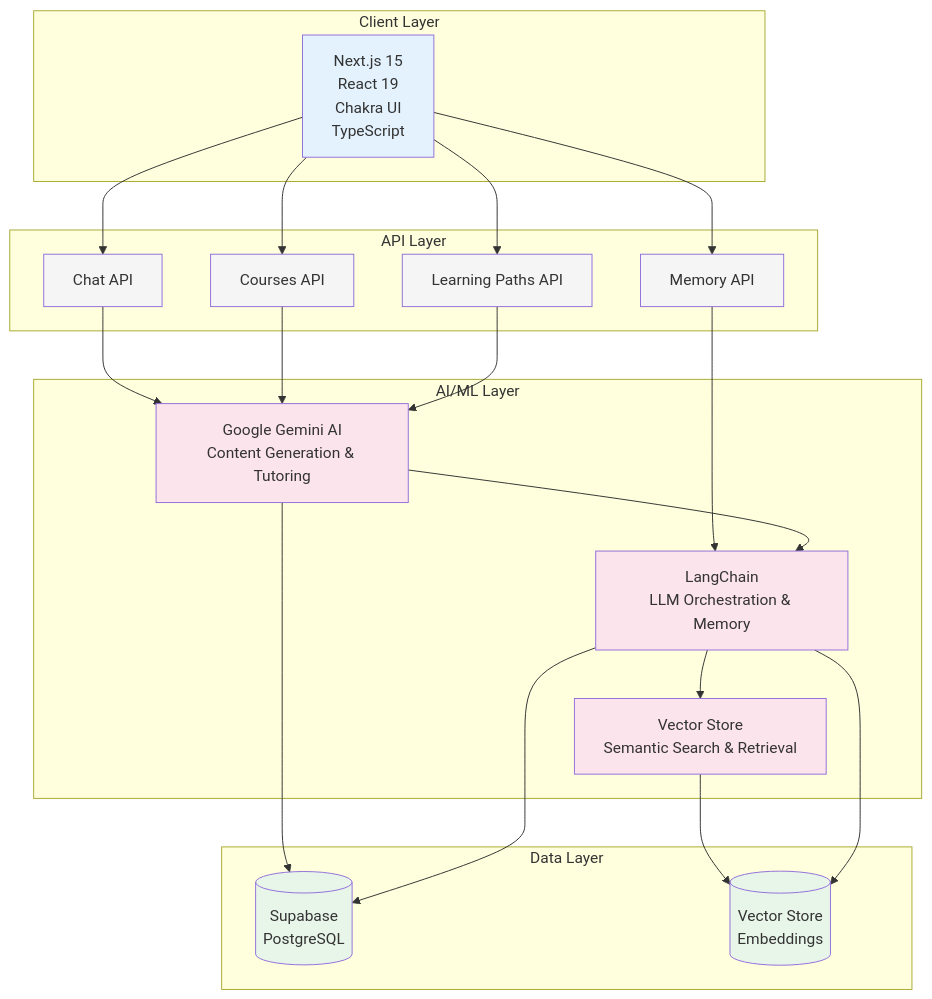
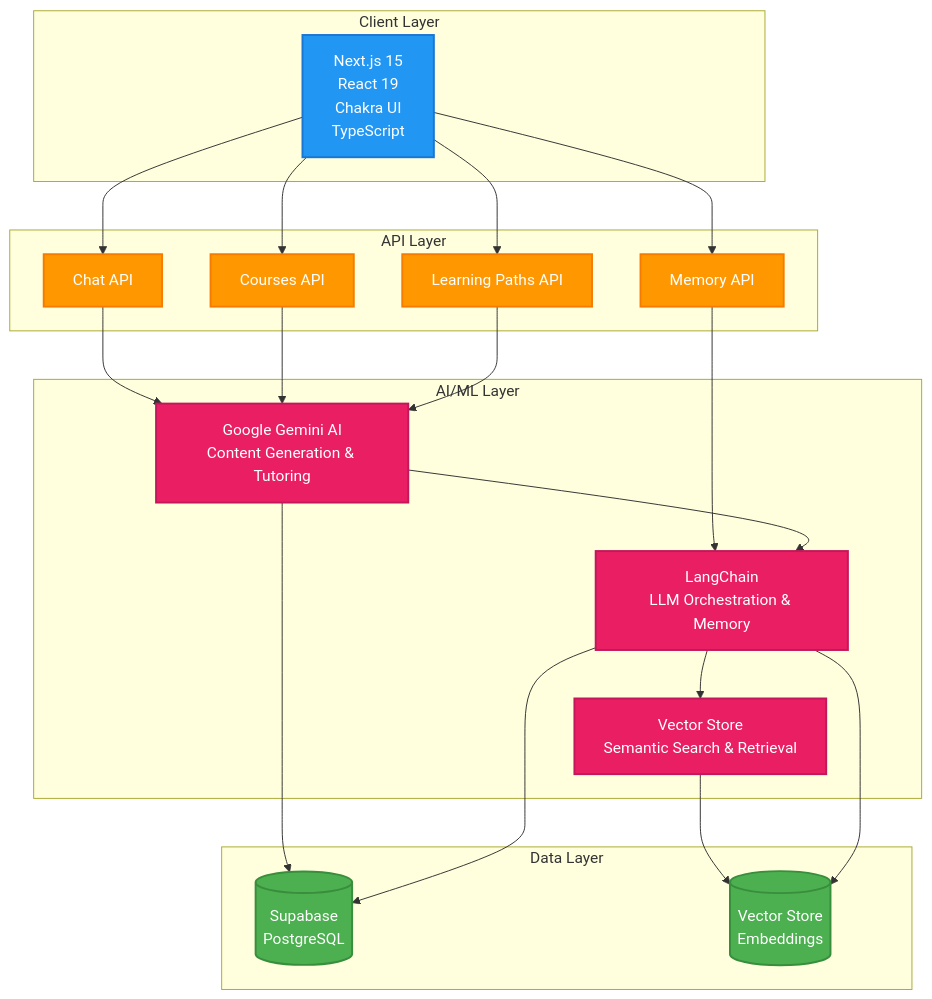
Before and after one commit to ThomasLix7/mindpulse: the diagram in README.md, drawn with Mermaid. The commit also changed 18 other files, not shown here.

````diff
--- a/README.md
+++ b/README.md
@@ -110,53 +110,53 @@
 ```mermaid
 graph TB
     subgraph "Client Layer"
         A[Next.js 15<br/>React 19<br/>Chakra UI<br/>TypeScript]
     end
 
     subgraph "API Layer"
         B1[Chat API]
         B2[Courses API]
         B3[Memory API]
         B4[Learning Paths API]
     end
 
     subgraph "AI/ML Layer"
         C1[Google Gemini AI<br/>Content Generation & Tutoring]
         C2[LangChain<br/>LLM Orchestration & Memory]
         C3[Vector Store<br/>Semantic Search & Retrieval]
     end
 
     subgraph "Data Layer"
         D1[(Supabase<br/>PostgreSQL)]
         D2[(Vector Store<br/>Embeddings)]
     end
 
     A --> B1
     A --> B2
     A --> B3
     A --> B4
 
     B1 --> C1
     B2 --> C1
     B3 --> C2
     B4 --> C1
 
     C1 --> C2
     C2 --> C3
 
     C1 --> D1
     C2 --> D1
     C3 --> D2
     C2 --> D2
 
-    style A fill:#e3f2fd
-    style B1 fill:#f5f5f5
-    style B2 fill:#f5f5f5
-    style B3 fill:#f5f5f5
-    style B4 fill:#f5f5f5
-    style C1 fill:#fce4ec
-    style C2 fill:#fce4ec
-    style C3 fill:#fce4ec
-    style D1 fill:#e8f5e9
-    style D2 fill:#e8f5e9
+    style A fill:#2196F3,stroke:#1976D2,stroke-width:2px,color:#fff
+    style B1 fill:#FF9800,stroke:#F57C00,stroke-width:2px,color:#fff
+    style B2 fill:#FF9800,stroke:#F57C00,stroke-width:2px,color:#fff
+    style B3 fill:#FF9800,stroke:#F57C00,stroke-width:2px,color:#fff
+    style B4 fill:#FF9800,stroke:#F57C00,stroke-width:2px,color:#fff
+    style C1 fill:#E91E63,stroke:#C2185B,stroke-width:2px,color:#fff
+    style C2 fill:#E91E63,stroke:#C2185B,stroke-width:2px,color:#fff
+    style C3 fill:#E91E63,stroke:#C2185B,stroke-width:2px,color:#fff
+    style D1 fill:#4CAF50,stroke:#388E3C,stroke-width:2px,color:#fff
+    style D2 fill:#4CAF50,stroke:#388E3C,stroke-width:2px,color:#fff
 ```
````
